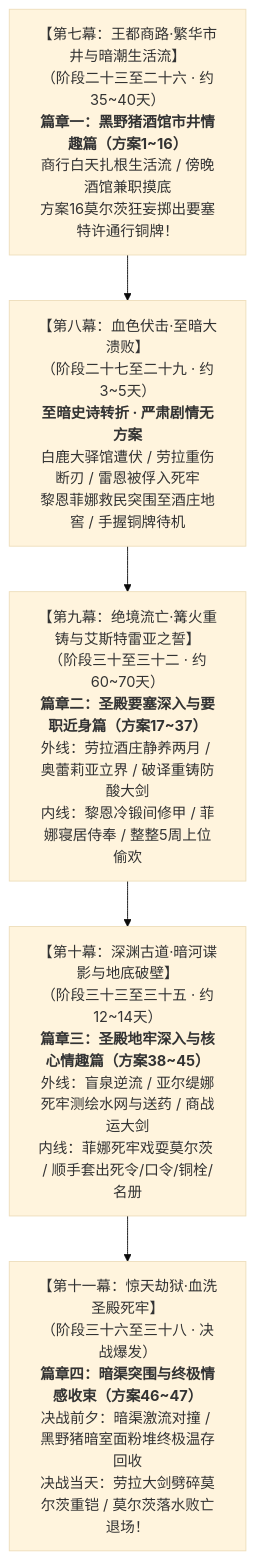
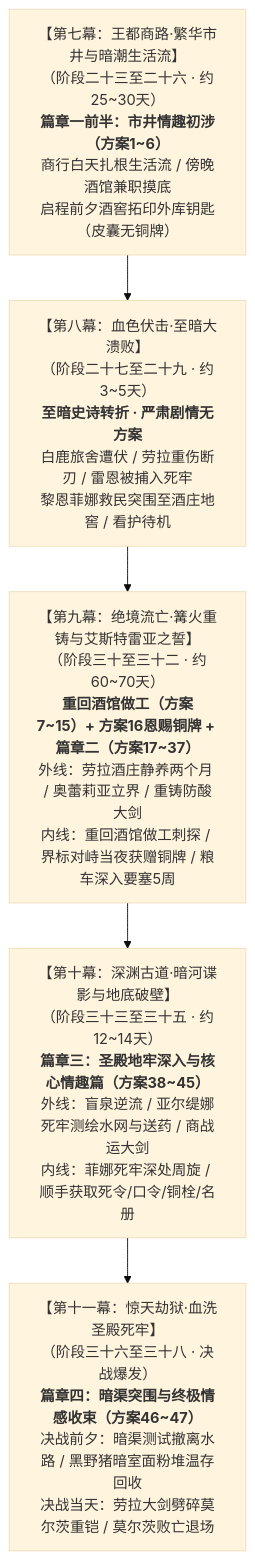
Before and after one commit to soranokiseki1437/eldoria-worldbook: the diagram in 方案/第二部/莫尔茨NSFW/莫尔茨NSFW剧情融入主线架构方案.md, drawn with Mermaid (base theme). The commit also changed other lines of this file and 126 other files, not shown here.

````diff
--- a/方案/第二部/莫尔茨NSFW/莫尔茨NSFW剧情融入主线架构方案.md
+++ b/方案/第二部/莫尔茨NSFW/莫尔茨NSFW剧情融入主线架构方案.md
@@ -23,14 +21,14 @@
 ```mermaid
 graph TD
-    M7["【第七幕：王都商路·繁华市井与暗潮生活流】<br/>（阶段二十三至二十六 · 约35~40天）<br/><b>篇章一：黑野猪酒馆市井情趣篇（方案1~16）</b><br/>商行白天扎根生活流 / 傍晚酒馆兼职摸底<br/>方案16莫尔茨狂妄掷出要塞特许通行铜牌！"]
+    M7["【第七幕：王都商路·繁华市井与暗潮生活流】<br/>（阶段二十三至二十六 · 约25~30天）<br/><b>篇章一前半：市井情趣初涉（方案1~6）</b><br/>商行白天扎根生活流 / 傍晚酒馆兼职摸底<br/>启程前夕酒窖拓印外库钥匙（皮囊无铜牌）"]
     
-    M8["【第八幕：血色伏击·至暗大溃败】<br/>（阶段二十七至二十九 · 约3~5天）<br/><b>至暗史诗转折 · 严肃剧情无方案</b><br/>白鹿大驿馆遭伏 / 劳拉重伤断刃 / 雷恩被俘入死牢<br/>黎恩菲娜救民突围至酒庄地窖 / 手握铜牌待机"]
+    M8["【第八幕：血色伏击·至暗大溃败】<br/>（阶段二十七至二十九 · 约3~5天）<br/><b>至暗史诗转折 · 严肃剧情无方案</b><br/>白鹿旅舍遭伏 / 劳拉重伤断刃 / 雷恩被捕入死牢<br/>黎恩菲娜救民突围至酒庄地窖 / 看护待机"]
     
-    M9["【第九幕：绝境流亡·篝火重铸与艾斯特雷亚之誓】<br/>（阶段三十至三十二 · 约60~70天）<br/><b>篇章二：圣殿要塞深入与要职近身篇（方案17~37）</b><br/>外线：劳拉酒庄静养两月 / 奥蕾莉亚立界 / 破译重铸防酸大剑<br/>内线：黎恩冷锻间修甲 / 菲娜寝居侍奉 / 整整5周上位偷欢"]
+    M9["【第九幕：绝境流亡·篝火重铸与艾斯特雷亚之誓】<br/>（阶段三十至三十二 · 约60~70天）<br/><b>重回酒馆做工（方案7~15）+ 方案16恩赐铜牌 + 篇章二（方案17~37）</b><br/>外线：劳拉酒庄静养两个月 / 奥蕾莉亚立界 / 重铸防酸大剑<br/>内线：重回酒馆做工刺探 / 界标对峙当夜获赠铜牌 / 粮车深入要塞5周"]
     
-    M10["【第十幕：深渊古道·暗河谍影与地底破壁】<br/>（阶段三十三至三十五 · 约12~14天）<br/><b>篇章三：圣殿地牢深入与核心情趣篇（方案38~45）</b><br/>外线：盲泉逆流 / 亚尔缇娜死牢测绘水网与送药 / 商战运大剑<br/>内线：菲娜死牢戏耍莫尔茨 / 顺手套出死令/口令/铜栓/名册"]
+    M10["【第十幕：深渊古道·暗河谍影与地底破壁】<br/>（阶段三十三至三十五 · 约12~14天）<br/><b>篇章三：圣殿地牢深入与核心情趣篇（方案38~45）</b><br/>外线：盲泉逆流 / 亚尔缇娜死牢测绘水网与送药 / 商战运大剑<br/>内线：菲娜死牢深处周旋 / 顺手获取死令/口令/铜栓/名册"]
     
-    M11["【第十一幕：惊天劫狱·血洗圣殿死牢】<br/>（阶段三十六至三十八 · 决战爆发）<br/><b>篇章四：暗渠突围与终极情感收束（方案46~47）</b><br/>决战前夕：暗渠激流对撞 / 黑野猪暗室面粉堆终极温存回收<br/>决战当天：劳拉大剑劈碎莫尔茨重铠 / 莫尔茨落水败亡退场！"]
+    M11["【第十一幕：惊天劫狱·血洗圣殿死牢】<br/>（阶段三十六至三十八 · 决战爆发）<br/><b>篇章四：暗渠突围与终极情感收束（方案46~47）</b><br/>决战前夕：暗渠测试撤离水路 / 黑野猪暗室面粉堆温存回收<br/>决战当天：劳拉大剑劈碎莫尔茨重铠 / 莫尔茨败亡退场"]
 
     M7 --> M8 --> M9 --> M10 --> M11
 ```
````
